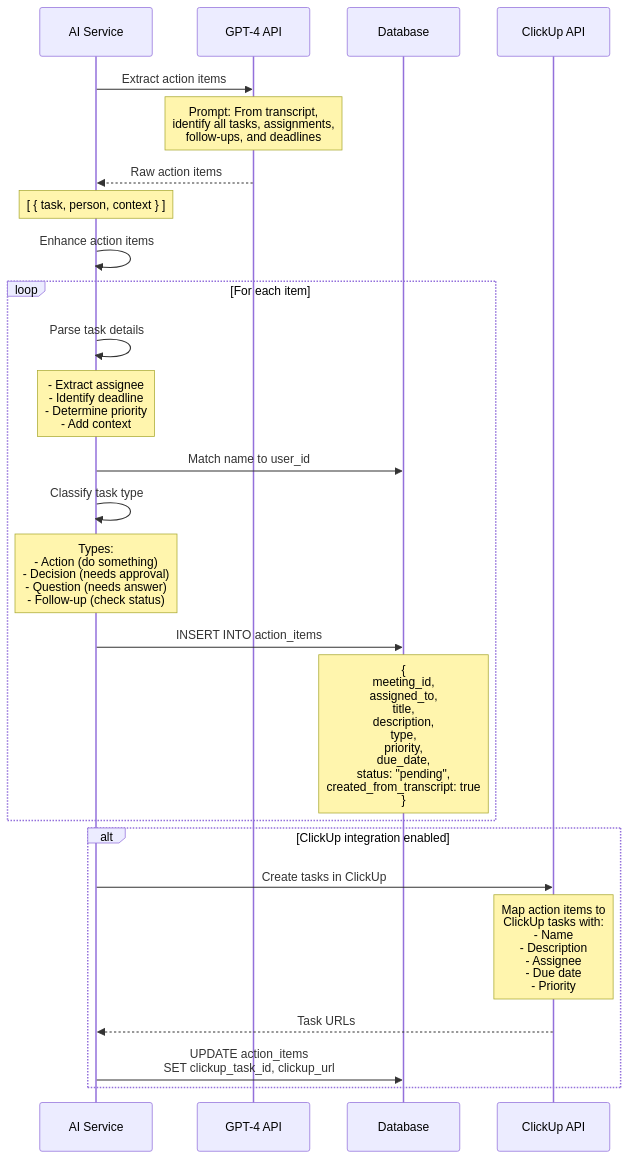
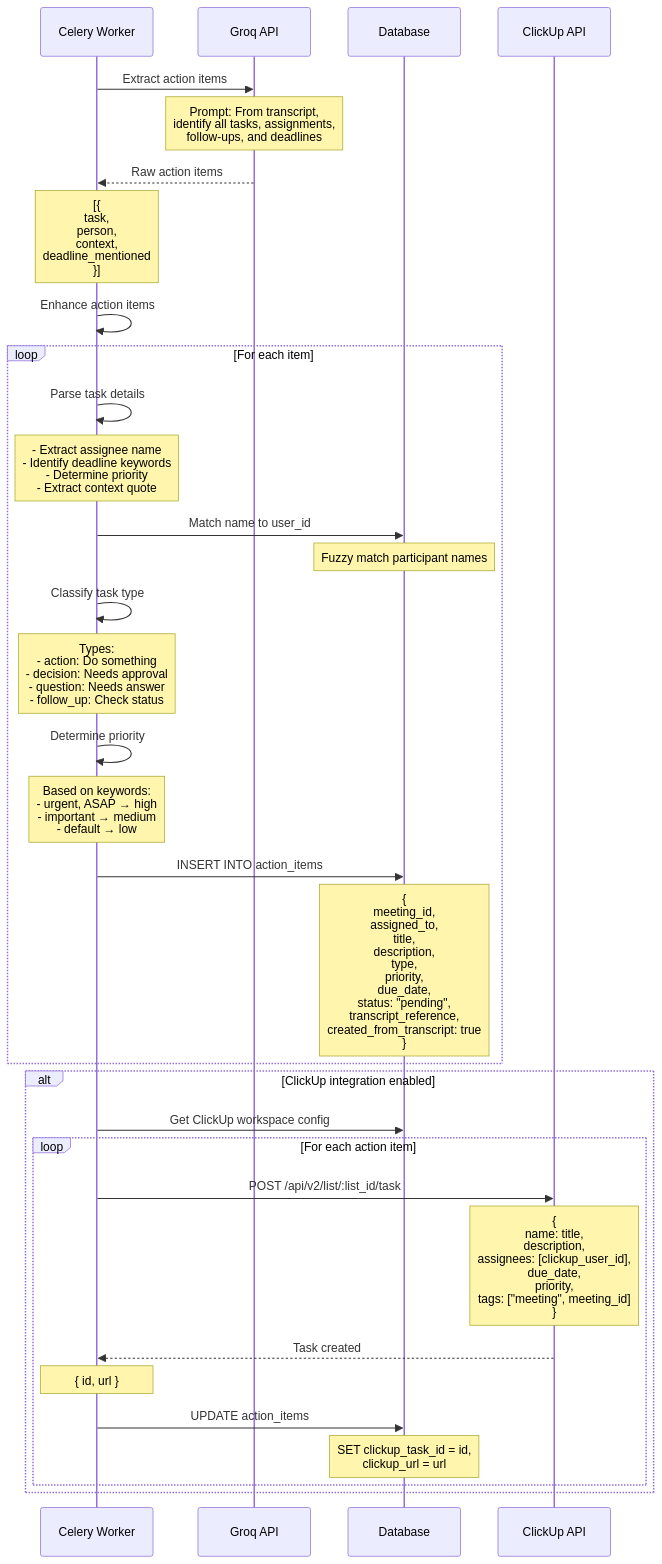
The fifth of 6 diagrams in docs/04-ai-analysis-flow.md (meeting-assistant-team/meeting-assistant), drawn with Mermaid before and after one commit. The commit also changed other lines of this file and 17 other files, not shown here.

````diff
--- a/docs/04-ai-analysis-flow.md
+++ b/docs/04-ai-analysis-flow.md
@@ -229,35 +374,46 @@
 ```mermaid
 sequenceDiagram
-    participant AI as AI Service
-    participant G as GPT-4 API
+    participant CW as Celery Worker
+    participant GQ as Groq API
     participant DB as Database
     participant CU as ClickUp API
     
-    AI->>G: Extract action items
-    Note over G: Prompt: From transcript,<br/>identify all tasks, assignments,<br/>follow-ups, and deadlines
+    CW->>GQ: Extract action items
+    Note over GQ: Prompt: From transcript,<br/>identify all tasks, assignments,<br/>follow-ups, and deadlines
     
-    G-->>AI: Raw action items
-    Note over AI: [ { task, person, context } ]
+    GQ-->>CW: Raw action items
+    Note over CW: [{<br/>  task,<br/>  person,<br/>  context,<br/>  deadline_mentioned<br/>}]
     
-    AI->>AI: Enhance action items
+    CW->>CW: Enhance action items
     loop For each item
-        AI->>AI: Parse task details
-        Note over AI: - Extract assignee<br/>- Identify deadline<br/>- Determine priority<br/>- Add context
+        CW->>CW: Parse task details
+        Note over CW: - Extract assignee name<br/>- Identify deadline keywords<br/>- Determine priority<br/>- Extract context quote
         
-        AI->>DB: Match name to user_id
+        CW->>DB: Match name to user_id
+        Note over DB: Fuzzy match participant names
         
-        AI->>AI: Classify task type
-        Note over AI: Types:<br/>- Action (do something)<br/>- Decision (needs approval)<br/>- Question (needs answer)<br/>- Follow-up (check status)
+        CW->>CW: Classify task type
+        Note over CW: Types:<br/>- action: Do something<br/>- decision: Needs approval<br/>- question: Needs answer<br/>- follow_up: Check status
         
-        AI->>DB: INSERT INTO action_items
-        Note over DB: {<br/>  meeting_id,<br/>  assigned_to,<br/>  title,<br/>  description,<br/>  type,<br/>  priority,<br/>  due_date,<br/>  status: "pending",<br/>  created_from_transcript: true<br/>}
+        CW->>CW: Determine priority
+        Note over CW: Based on keywords:<br/>- urgent, ASAP → high<br/>- important → medium<br/>- default → low
+        
+        CW->>DB: INSERT INTO action_items
+        Note over DB: {<br/>  meeting_id,<br/>  assigned_to,<br/>  title,<br/>  description,<br/>  type,<br/>  priority,<br/>  due_date,<br/>  status: "pending",<br/>  transcript_reference,<br/>  created_from_transcript: true<br/>}
     end
     
     alt ClickUp integration enabled
-        AI->>CU: Create tasks in ClickUp
-        Note over CU: Map action items to<br/>ClickUp tasks with:<br/>- Name<br/>- Description<br/>- Assignee<br/>- Due date<br/>- Priority
+        CW->>DB: Get ClickUp workspace config
         
-        CU-->>AI: Task URLs
-        AI->>DB: UPDATE action_items<br/>SET clickup_task_id, clickup_url
+        loop For each action item
+            CW->>CU: POST /api/v2/list/:list_id/task
+            Note over CU: {<br/>  name: title,<br/>  description,<br/>  assignees: [clickup_user_id],<br/>  due_date,<br/>  priority,<br/>  tags: ["meeting", meeting_id]<br/>}
+            
+            CU-->>CW: Task created
+            Note over CW: { id, url }
+            
+            CW->>DB: UPDATE action_items
+            Note over DB: SET clickup_task_id = id,<br/>    clickup_url = url
+        end
     end
 ```
````
